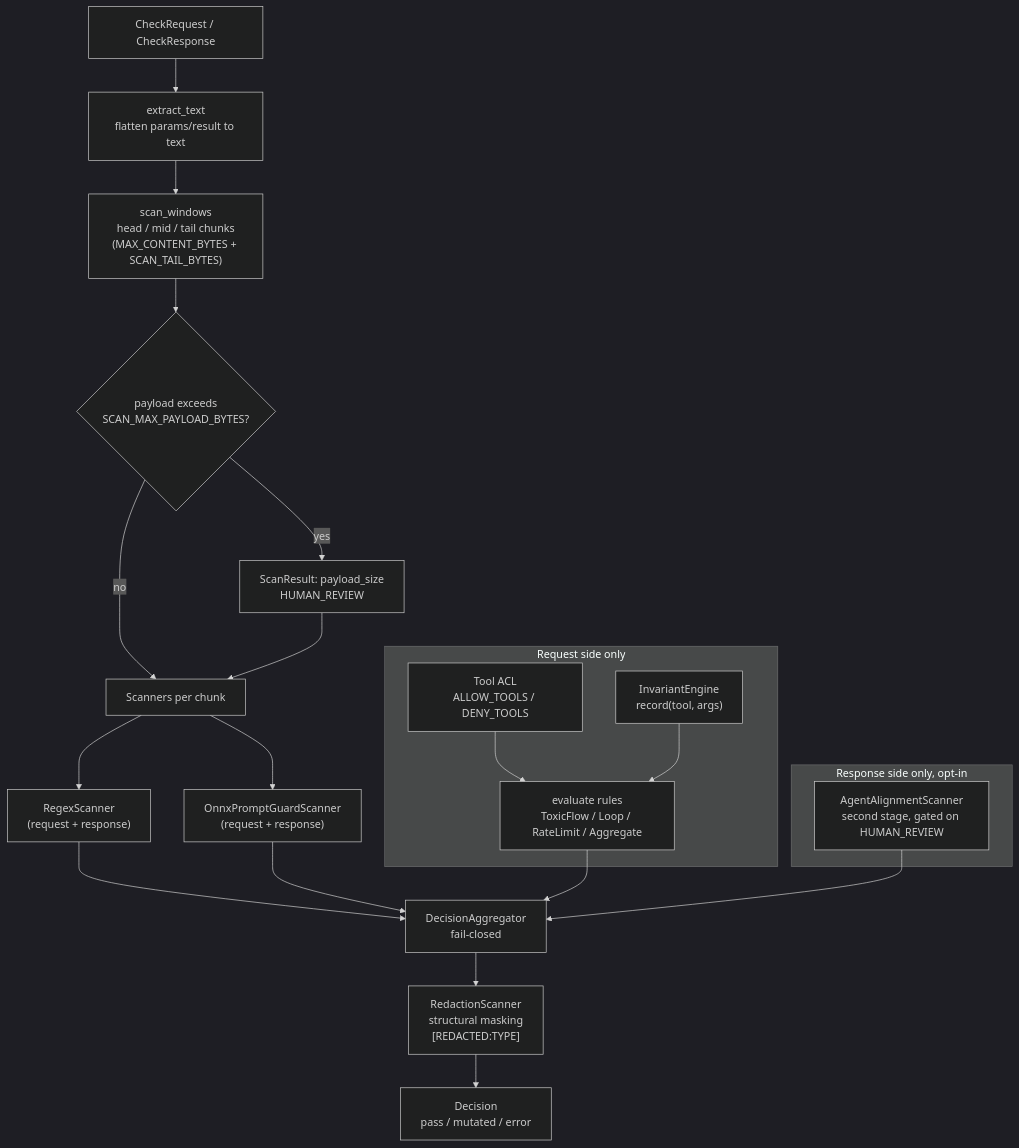
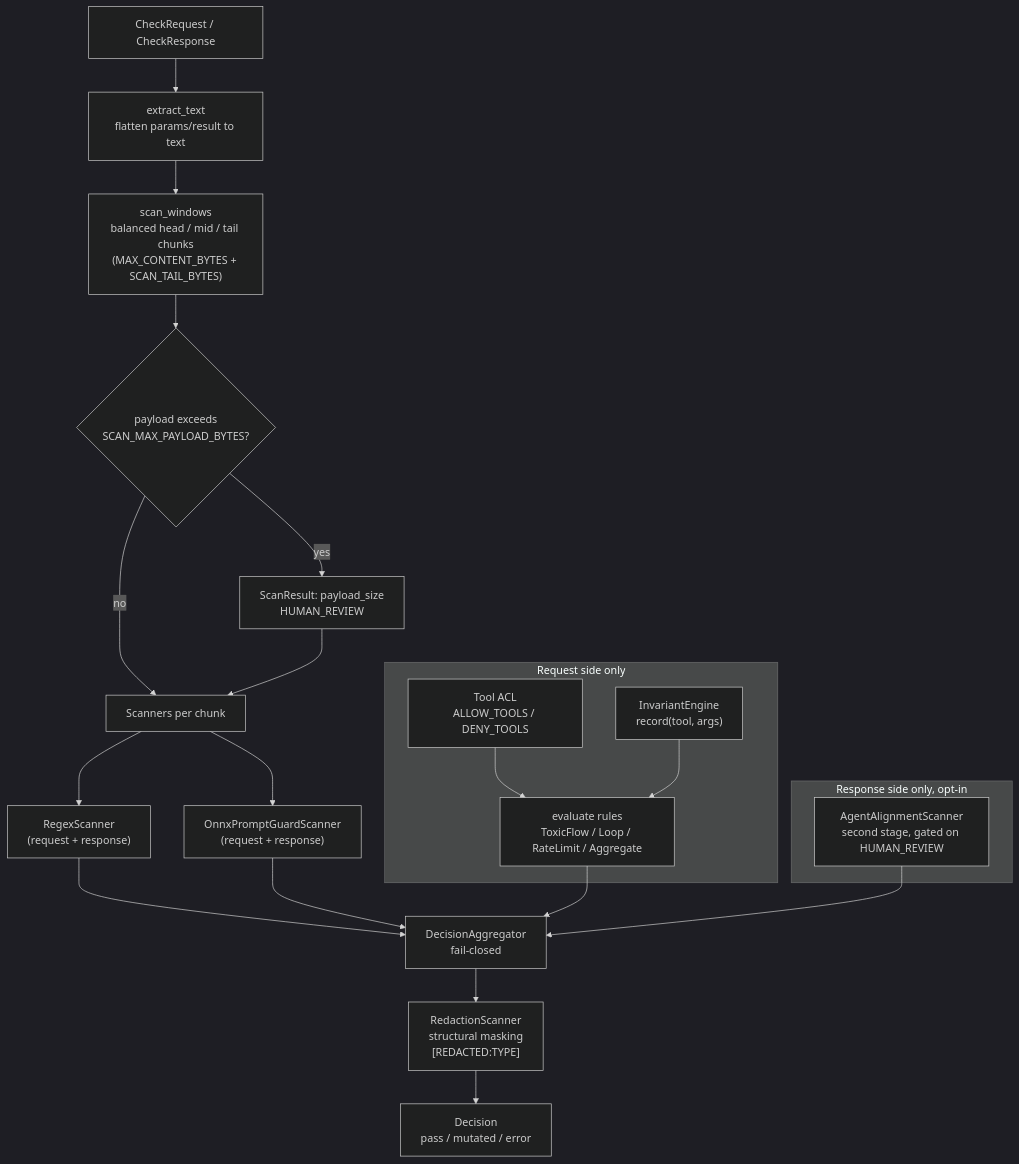
Before and after one commit to soulwhisper/mcp-guardrails: the diagram in docs/guardrails/index.md, drawn with Mermaid (dark theme). The commit also changed 21 other files, not shown here.

````diff
--- a/docs/guardrails/index.md
+++ b/docs/guardrails/index.md
@@ -8,25 +8,25 @@
 ```mermaid
 flowchart TD
     REQ[CheckRequest / CheckResponse] --> EXT[extract_text<br/>flatten params/result to text]
-    EXT --> WIN["scan_windows<br/>head / mid / tail chunks<br/>(MAX_CONTENT_BYTES + SCAN_TAIL_BYTES)"]
+    EXT --> WIN["scan_windows<br/>balanced head / mid / tail chunks<br/>(MAX_CONTENT_BYTES + SCAN_TAIL_BYTES)"]
     WIN --> SIZE{"payload exceeds<br/>SCAN_MAX_PAYLOAD_BYTES?"}
     SIZE -->|yes| PS[ScanResult: payload_size<br/>HUMAN_REVIEW]
     SIZE -->|no| SC
     PS --> SC[Scanners per chunk]
     SC --> RX["RegexScanner<br/>(request + response)"]
     SC --> PG["OnnxPromptGuardScanner<br/>(request + response)"]
     subgraph RS["Request side only"]
         ACL["Tool ACL<br/>ALLOW_TOOLS / DENY_TOOLS"] --> INV2
         INV["InvariantEngine<br/>record(tool, args)"] --> INV2["evaluate rules<br/>ToxicFlow / Loop / RateLimit / Aggregate"]
     end
     subgraph RESP["Response side only, opt-in"]
         AA["AgentAlignmentScanner<br/>second stage, gated on HUMAN_REVIEW"]
     end
     RX --> AGG
     PG --> AGG
     INV2 --> AGG
     AA --> AGG
     AGG["DecisionAggregator<br/>fail-closed"]
     AGG --> RED["RedactionScanner<br/>structural masking<br/>#91;REDACTED:TYPE#93;"]
     RED --> DEC[Decision<br/>pass / mutated / error]
 ```
````
